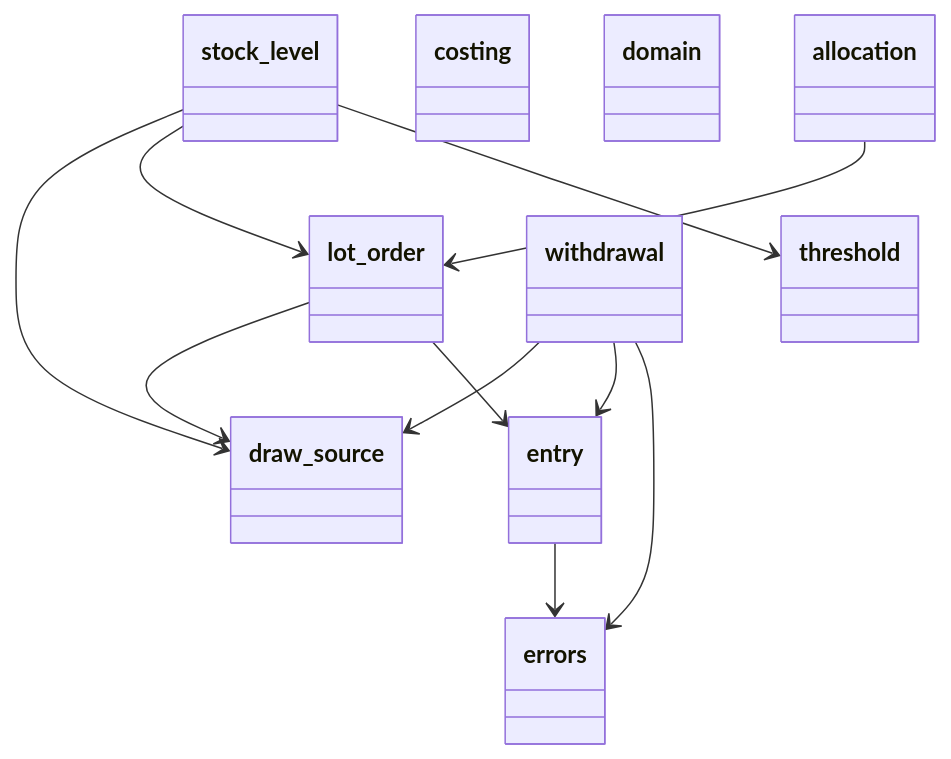
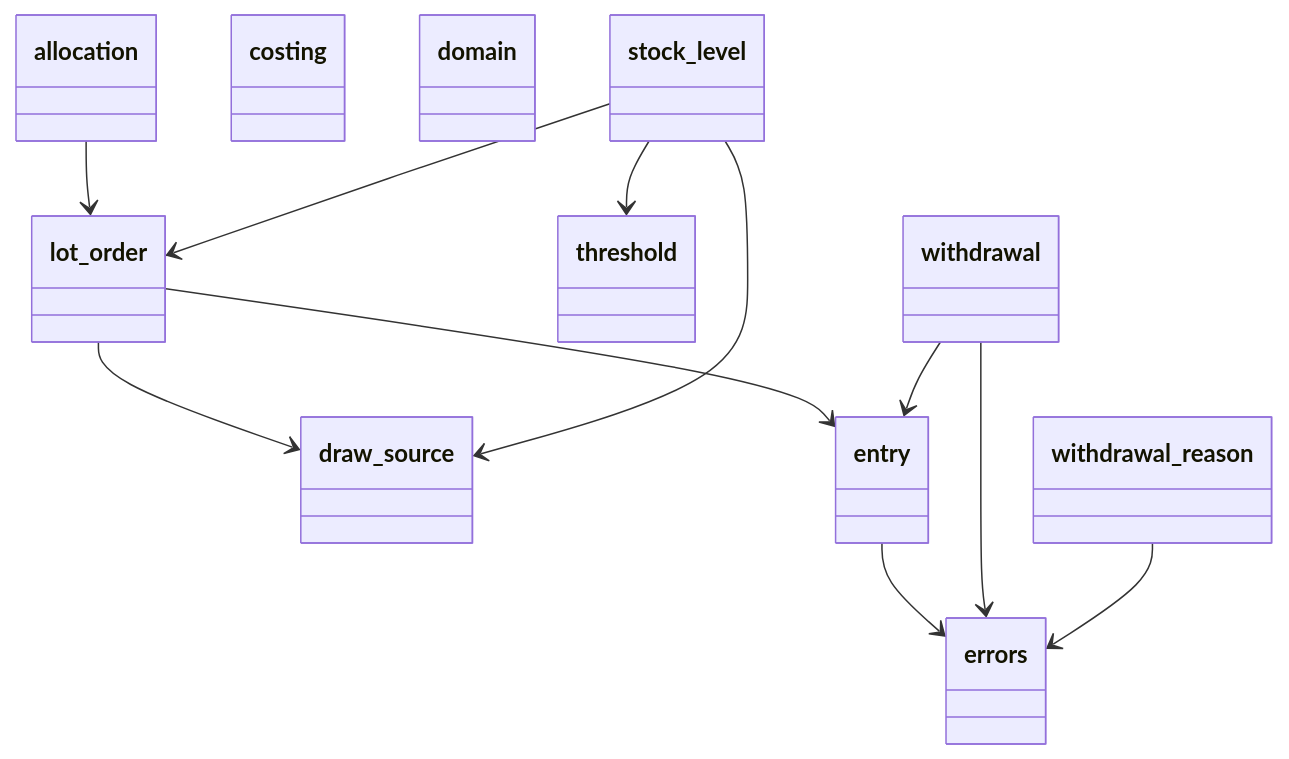
Before and after one commit to GonzaloZevallos/apostrophe: the first of 6 diagrams in docs/architecture/generated/classes/stock.md, drawn with Mermaid. The commit also changed other lines of this file and 17 other files, not shown here.

````diff
--- a/docs/architecture/generated/classes/stock.md
+++ b/docs/architecture/generated/classes/stock.md
@@ -11,33 +11,35 @@
 ```mermaid
 classDiagram
   class allocation {
   }
   class costing {
   }
   class domain {
   }
   class draw_source {
   }
   class entry {
   }
   class errors {
   }
   class lot_order {
   }
   class stock_level {
   }
   class threshold {
   }
   class withdrawal {
   }
+  class withdrawal_reason {
+  }
   allocation --> lot_order
   entry --> errors
   lot_order --> draw_source
   lot_order --> entry
   stock_level --> draw_source
   stock_level --> lot_order
   stock_level --> threshold
-  withdrawal --> draw_source
   withdrawal --> entry
   withdrawal --> errors
+  withdrawal_reason --> errors
 ```
````
